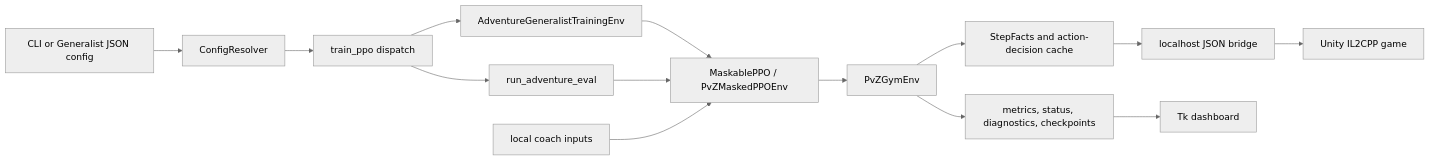
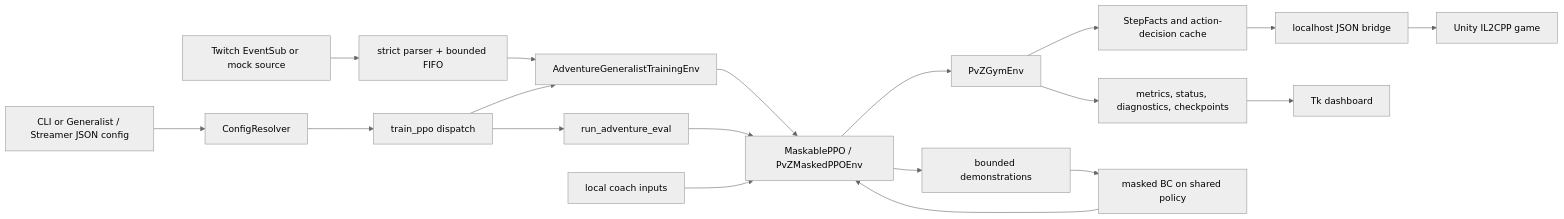
The diagram in AGENTS.md (lll11lll/PVZ_RL_AGENT), drawn with Mermaid (neutral theme) before and after one commit. The commit also changed other lines of this file and 34 other files, not shown here.

````diff
--- a/AGENTS.md
+++ b/AGENTS.md
@@ -54,16 +59,21 @@
 ```mermaid
 flowchart LR
-    CLI["CLI or Generalist JSON config"] --> Resolver["ConfigResolver"]
+    CLI["CLI or Generalist / Streamer JSON config"] --> Resolver["ConfigResolver"]
     Resolver --> Dispatch["train_ppo dispatch"]
+    Twitch["Twitch EventSub or mock source"] --> Queue["strict parser + bounded FIFO"]
+    Queue --> Train
     Dispatch --> Train["AdventureGeneralistTrainingEnv"]
     Dispatch --> Eval["run_adventure_eval"]
     Train --> SB3["MaskablePPO / PvZMaskedPPOEnv"]
     Eval --> SB3
     SB3 --> Env["PvZGymEnv"]
     Env --> Cache["StepFacts and action-decision cache"]
     Cache --> Bridge["localhost JSON bridge"]
     Bridge --> Game["Unity IL2CPP game"]
     Env --> Artifacts["metrics, status, diagnostics, checkpoints"]
+    SB3 --> Demo["bounded demonstrations"]
+    Demo --> BC["masked BC on shared policy"]
+    BC --> SB3
     Artifacts --> GUI["Tk dashboard"]
     Coach["local coach inputs"] --> SB3
 ```
````
